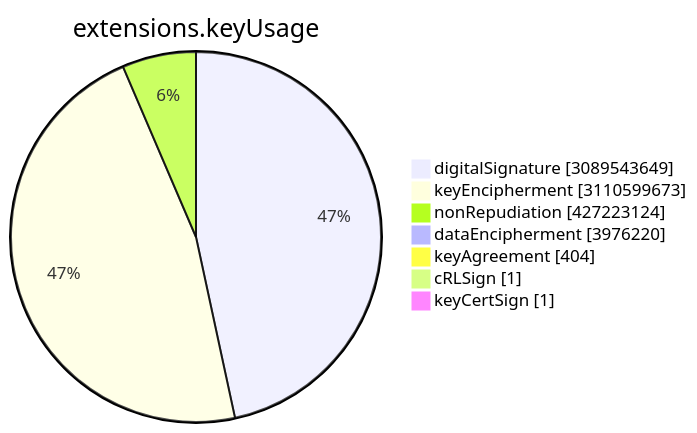
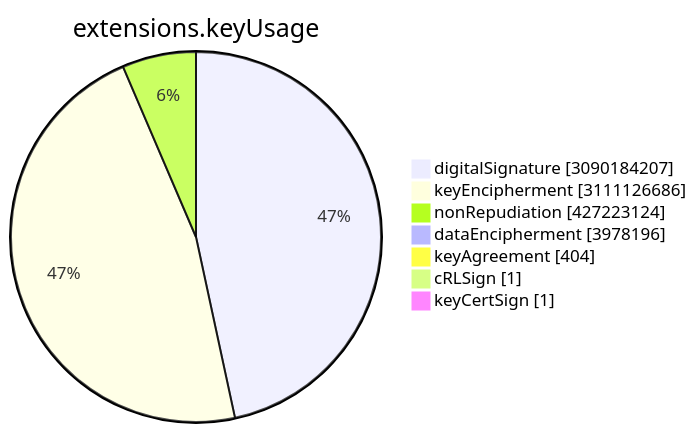
One commit to christiankrug/ctmonitor_visualization changed the sixth of 15 diagrams in TOTAL/README.md. Above: the diagram before and after it, drawn with Mermaid. The commit also changed other lines of this file, not shown here.

````diff
--- a/TOTAL/README.md
+++ b/TOTAL/README.md
@@ -3077,11 +3077,11 @@
 ```mermaid
 pie showData
 title extensions.keyUsage
-"digitalSignature" :3089543649
-"keyEncipherment" :3110599673
+"digitalSignature" :3090184207
+"keyEncipherment" :3111126686
 "nonRepudiation" :427223124
-"dataEncipherment" :3976220
+"dataEncipherment" :3978196
 "keyAgreement" :404
 "cRLSign" :1
 "keyCertSign" :1
 ```
````
